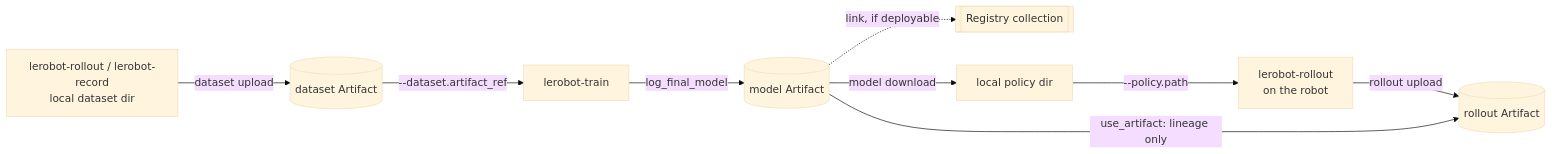
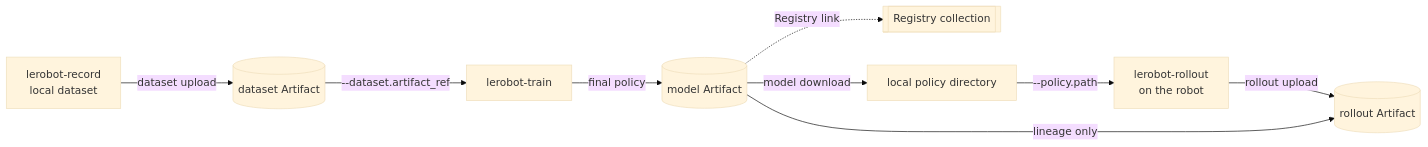
One commit to guchengwei/lerobot changed the diagram in examples/wandb_showcase/README.md. Above: the diagram before and after it, drawn with Mermaid (base theme). The commit also changed other lines of this file, not shown here.

````diff
--- a/examples/wandb_showcase/README.md
+++ b/examples/wandb_showcase/README.md
@@ -14,11 +23,11 @@
 ```mermaid
 flowchart LR
-    R[lerobot-rollout / lerobot-record<br/>local dataset dir] -->|dataset upload| DA[(dataset Artifact)]
+    R[lerobot-record<br/>local dataset] -->|dataset upload| DA[(dataset Artifact)]
     DA -->|--dataset.artifact_ref| T[lerobot-train]
-    T -->|log_final_model| MA[(model Artifact)]
-    MA -.->|link, if deployable| REG[[Registry collection]]
-    MA -->|model download| P[local policy dir]
+    T -->|final policy| MA[(model Artifact)]
+    MA -.->|Registry link| REG[[Registry collection]]
+    MA -->|model download| P[local policy directory]
     P -->|--policy.path| RO[lerobot-rollout<br/>on the robot]
     RO -->|rollout upload| RA[(rollout Artifact)]
-    MA -->|use_artifact: lineage only| RA
+    MA -->|lineage only| RA
 ```
````
